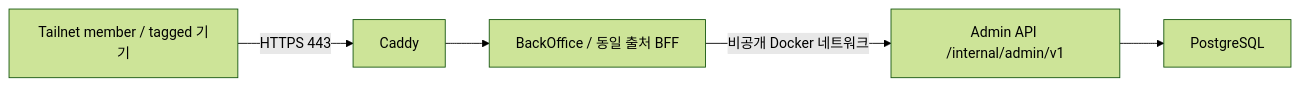
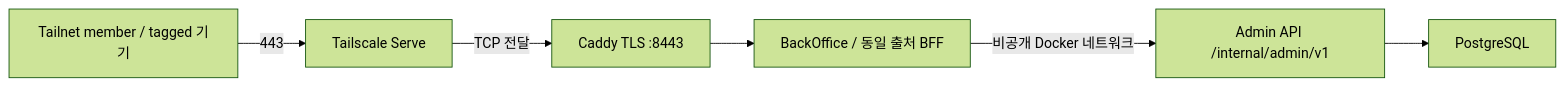
One commit to organic-agent/WES-DOCS changed the diagram in docs/tech/backoffice.md. Above: the diagram before and after it, drawn with Mermaid (forest theme). The commit also changed other lines of this file and 25 other files, not shown here.

Commit message:
docs: sync approved architecture and execution contracts

````diff
--- a/docs/tech/backoffice.md
+++ b/docs/tech/backoffice.md
@@ -13,7 +13,8 @@
 ```mermaid
 flowchart LR
-    T["Tailnet member / tagged 기기"] -->|HTTPS 443| C[Caddy]
+    T["Tailnet member / tagged 기기"] -->|443| TS[Tailscale Serve]
+    TS -->|TCP 전달| C[Caddy TLS :8443]
     C --> B["BackOffice / 동일 출처 BFF"]
     B -->|"비공개 Docker 네트워크"| A["Admin API /internal/admin/v1"]
     A --> D[PostgreSQL]
 ```
````
